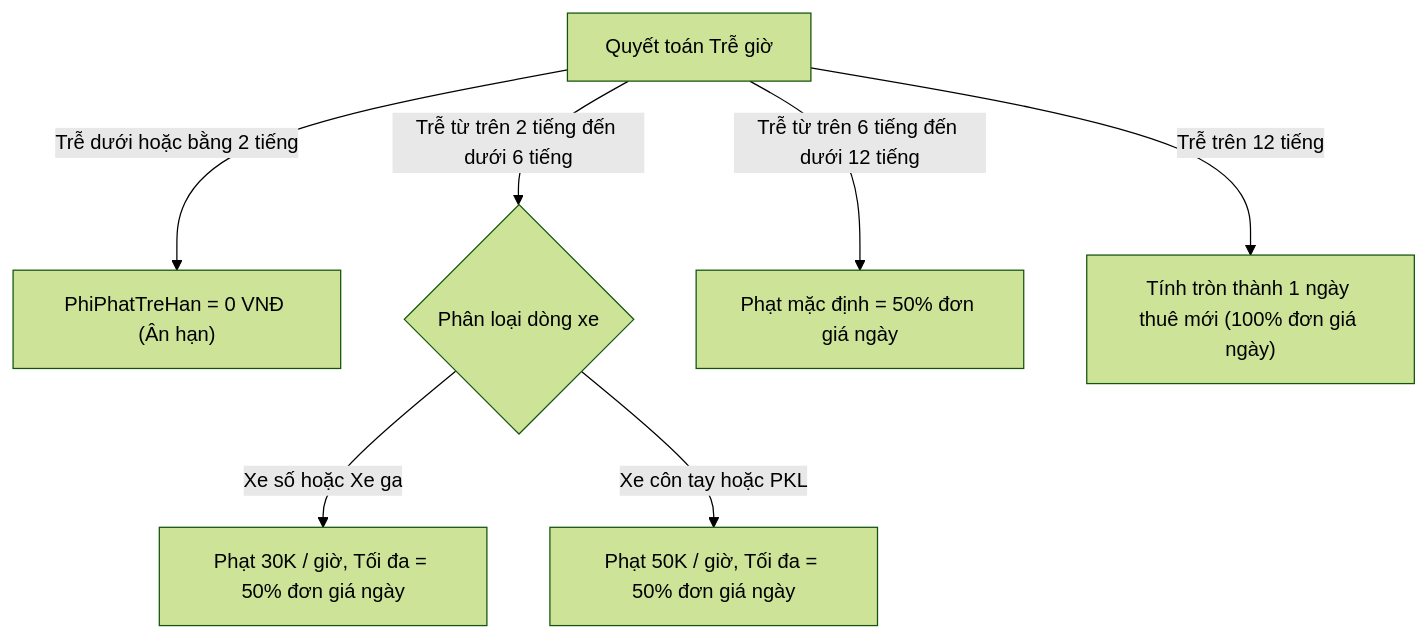
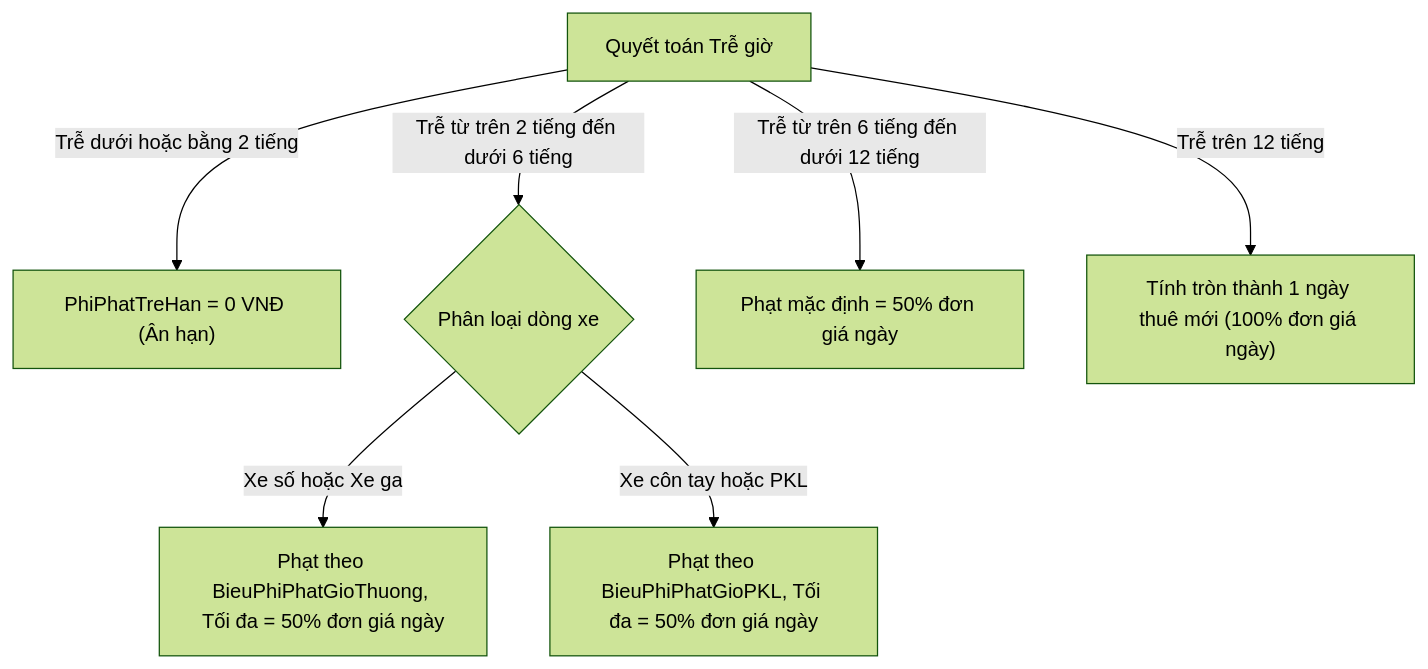
Before and after one commit to Vqd2k6/SAD-UTH: the sixth of 8 diagrams in docs/process-specifications.md, drawn with Mermaid (forest theme). The commit also changed other lines of this file and 29 other files, not shown here.

````diff
--- a/docs/process-specifications.md
+++ b/docs/process-specifications.md
@@ -522,9 +555,9 @@
 ```mermaid
 graph TD
     A["Quyết toán Trễ giờ"] -->|"Trễ dưới hoặc bằng 2 tiếng"| B["PhiPhatTreHan = 0 VNĐ (Ân hạn)"]
     A -->|"Trễ từ trên 2 tiếng đến dưới 6 tiếng"| C{"Phân loại dòng xe"}
-    C -->|Xe số hoặc Xe ga| D["Phạt 30K / giờ, Tối đa = 50% đơn giá ngày"]
-    C -->|Xe côn tay hoặc PKL| E["Phạt 50K / giờ, Tối đa = 50% đơn giá ngày"]
+    C -->|Xe số hoặc Xe ga| D["Phạt theo BieuPhiPhatGioThuong, Tối đa = 50% đơn giá ngày"]
+    C -->|Xe côn tay hoặc PKL| E["Phạt theo BieuPhiPhatGioPKL, Tối đa = 50% đơn giá ngày"]
     A -->|"Trễ từ trên 6 tiếng đến dưới 12 tiếng"| F["Phạt mặc định = 50% đơn giá ngày"]
     A -->|"Trễ trên 12 tiếng"| G["Tính tròn thành 1 ngày thuê mới (100% đơn giá ngày)"]
 ```
````
